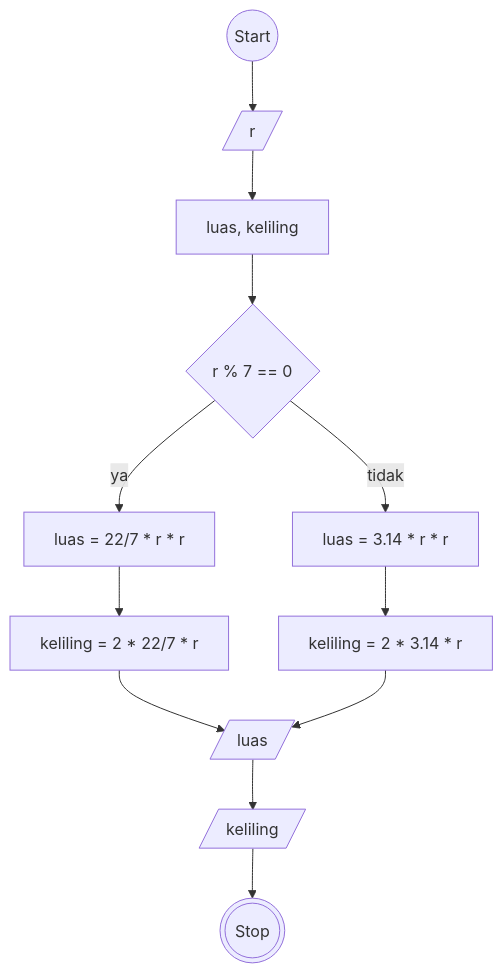
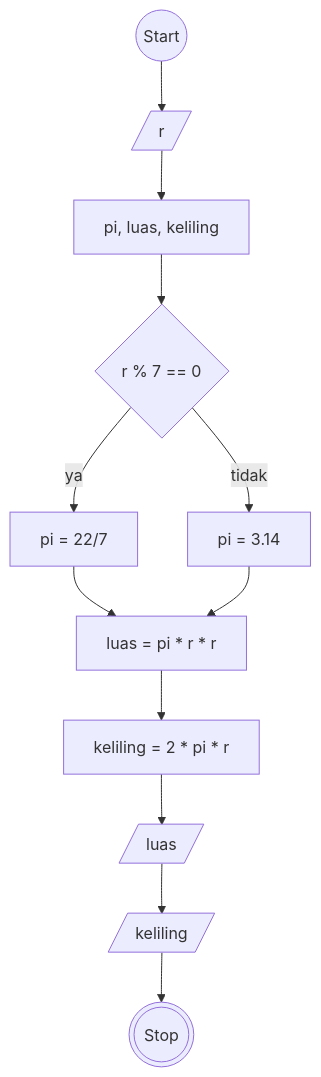
Before and after one commit to ktsrqsdev/koda-b10-javascript1: the diagram in README.md, drawn with Mermaid.

````diff
--- a/README.md
+++ b/README.md
@@ -1,27 +1,27 @@
 ``` mermaid
 flowchart TD
     start@{ shape: circle, label: "Start" }
     stop@{ shape: dbl-circ, label: "Stop" }
     r@{ shape: lean-r, label: "r" }
-    varkosong@{ shape: rect, label: "luas, keliling" }
+    varkosong@{ shape: rect, label: "pi, luas, keliling" }
     modr@{ shape: diamond, label: "r % 7 == 0" }
-    luas1@{ shape: rect, label: "luas = 22/7 * r * r" }
-    luas2@{ shape: rect, label: "luas = 3.14 * r * r" }
-    keliling1@{ shape: rect, label: "keliling = 2 * 22/7 * r" }
-    keliling2@{ shape: rect, label: "keliling = 2 * 3.14 * r" }
+    pi1@{ shape: rect, label: "pi = 22/7" }
+    pi2@{ shape: rect, label: "pi = 3.14" }
+    luas@{ shape: rect, label: "luas = pi * r * r" }
+    keliling@{ shape: rect, label: "keliling = 2 * pi * r" }
     outputluas@{ shape: lean-r, label: "luas" }
     outputkeliling@{ shape: lean-r, label: "keliling" }
 
 
     start --> r
     r --> varkosong
     varkosong --> modr
-    modr --ya--> luas1
-    modr --tidak--> luas2
-    luas1 --> keliling1
-    luas2 --> keliling2
-    keliling1 & keliling2 --> outputluas
+    modr --ya--> pi1
+    modr --tidak--> pi2
+    pi1 & pi2 --> luas
+    luas--> keliling
+    keliling--> outputluas
     outputluas --> outputkeliling
     outputkeliling --> stop
     
 ```
````
